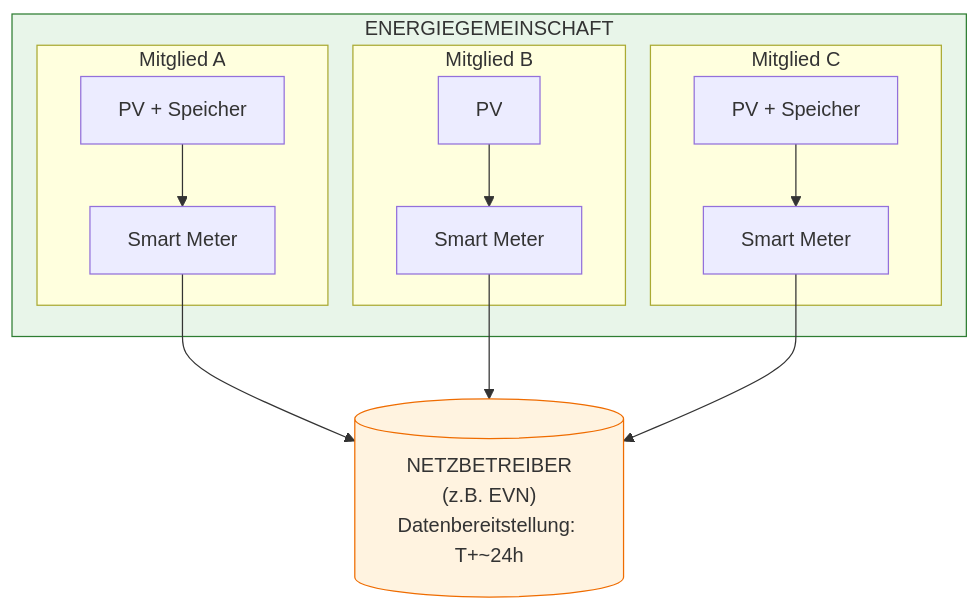
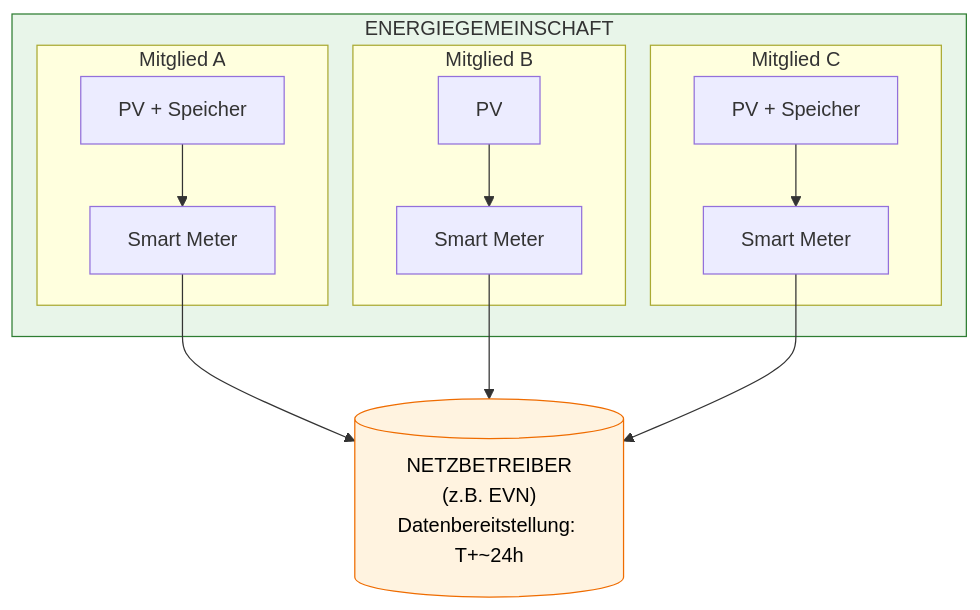
Before and after one commit to cloudguardGmbH/eeg-orchestrator: the first of 11 diagrams in README.md, drawn with Mermaid. The commit also changed other lines of this file, not shown here.

````diff
--- a/README.md
+++ b/README.md
@@ -13,30 +13,30 @@
 ```mermaid
 flowchart TB
     subgraph EEG["ENERGIEGEMEINSCHAFT"]
         subgraph A["Mitglied A"]
             PVA[PV + Speicher]
             SMA[Smart Meter]
         end
         subgraph B["Mitglied B"]
             PVB[PV]
             SMB[Smart Meter]
         end
         subgraph C["Mitglied C"]
             PVC[PV + Speicher]
             SMC[Smart Meter]
         end
     end
     
     PVA --> SMA
     PVB --> SMB
     PVC --> SMC
     
     SMA --> NB
     SMB --> NB
     SMC --> NB
     
     NB[("NETZBETREIBER<br>(z.B. EVN)<br>Datenbereitstellung: T+~24h")]
-    
+
     style EEG fill:#e8f5e9,stroke:#2e7d32
-    style NB fill:#fff3e0,stroke:#ef6c00
+    style NB fill:#fff3e0,stroke:#ef6c00,color:#000
 ```
````
